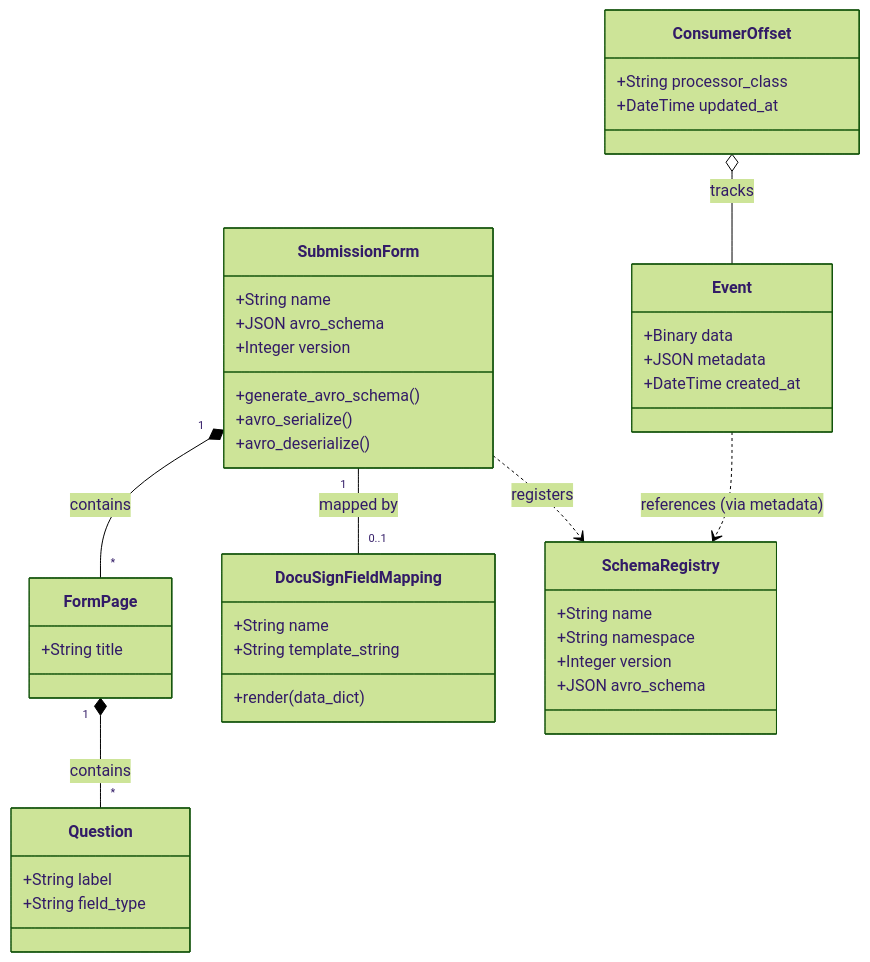
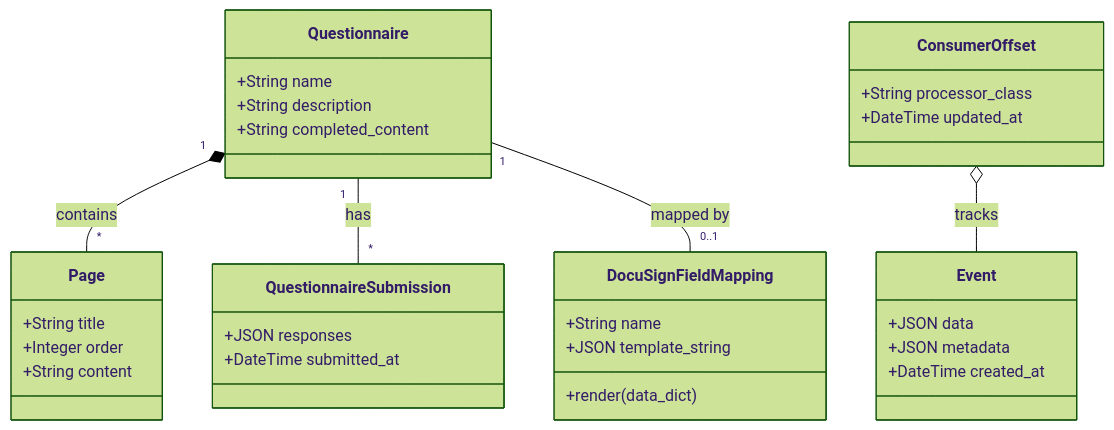
The third of 4 diagrams in README.md (julzhk/FormEngine), drawn with Mermaid (forest theme) before and after one commit. The commit also changed other lines of this file and 2 other files, not shown here.

````diff
--- a/README.md
+++ b/README.md
@@ -47,46 +45,36 @@
 ```mermaid
 classDiagram
-    class SubmissionForm {
+    class Questionnaire {
         +String name
-        +JSON avro_schema
-        +Integer version
-        +generate_avro_schema()
-        +avro_serialize()
-        +avro_deserialize()
+        +String description
+        +String completed_content
     }
-    class FormPage {
+    class Page {
         +String title
+        +Integer order
+        +String content
     }
-    class Question {
-        +String label
-        +String field_type
+    class QuestionnaireSubmission {
+        +JSON responses
+        +DateTime submitted_at
     }
     class Event {
-        +Binary data
+        +JSON data
         +JSON metadata
         +DateTime created_at
     }
     class ConsumerOffset {
         +String processor_class
         +DateTime updated_at
     }
     class DocuSignFieldMapping {
         +String name
-        +String template_string
+        +JSON template_string
         +render(data_dict)
     }
-    class SchemaRegistry {
-        +String name
-        +String namespace
-        +Integer version
-        +JSON avro_schema
-    }
 
-
-    SubmissionForm "1" *-- "*" FormPage : contains
-    FormPage "1" *-- "*" Question : contains
+    Questionnaire "1" *-- "*" Page : contains
+    Questionnaire "1" -- "*" QuestionnaireSubmission : has
     ConsumerOffset o-- Event : tracks
-    SubmissionForm ..> SchemaRegistry : registers
-    SubmissionForm "1" -- "0..1" DocuSignFieldMapping : mapped by
-    Event ..> SchemaRegistry : references (via metadata)
+    Questionnaire "1" -- "0..1" DocuSignFieldMapping : mapped by
 ```
````
